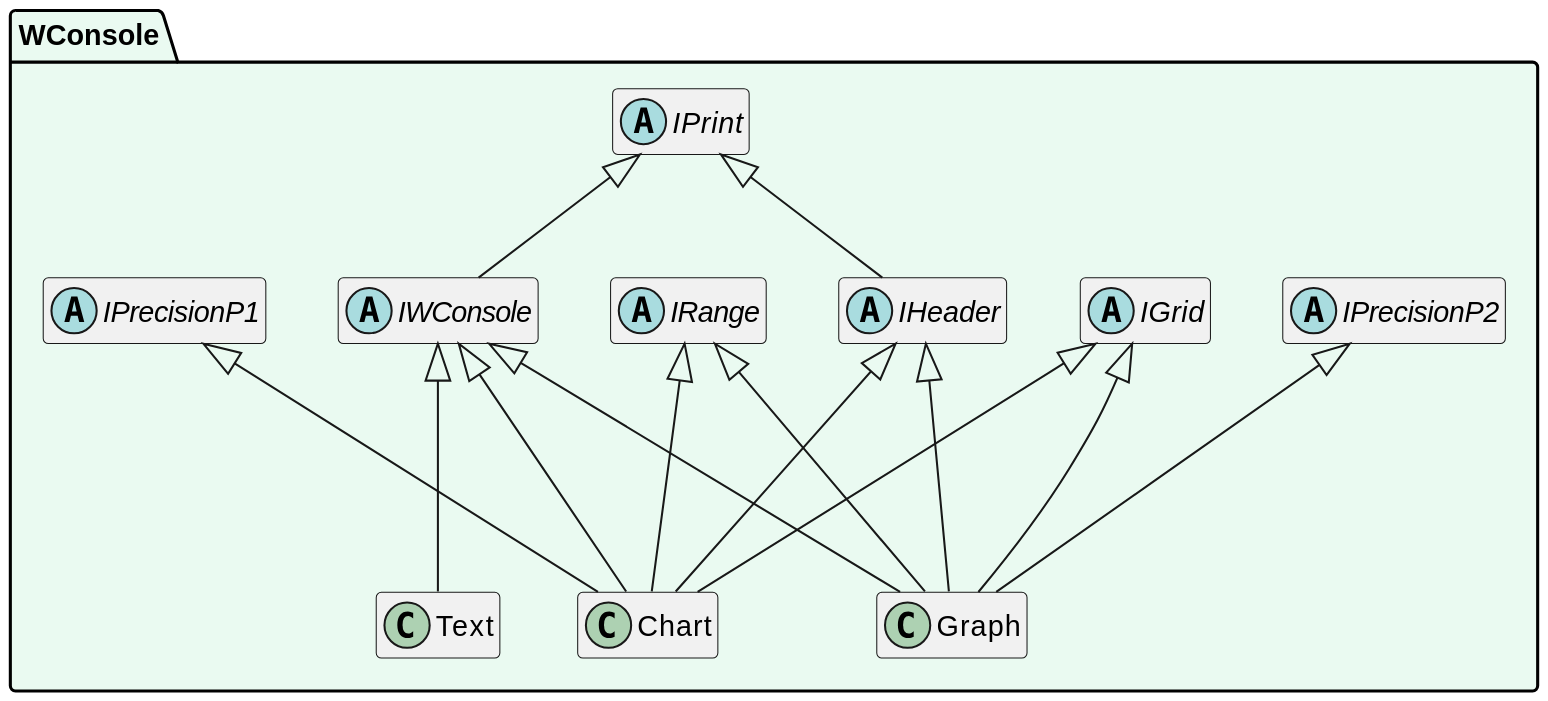
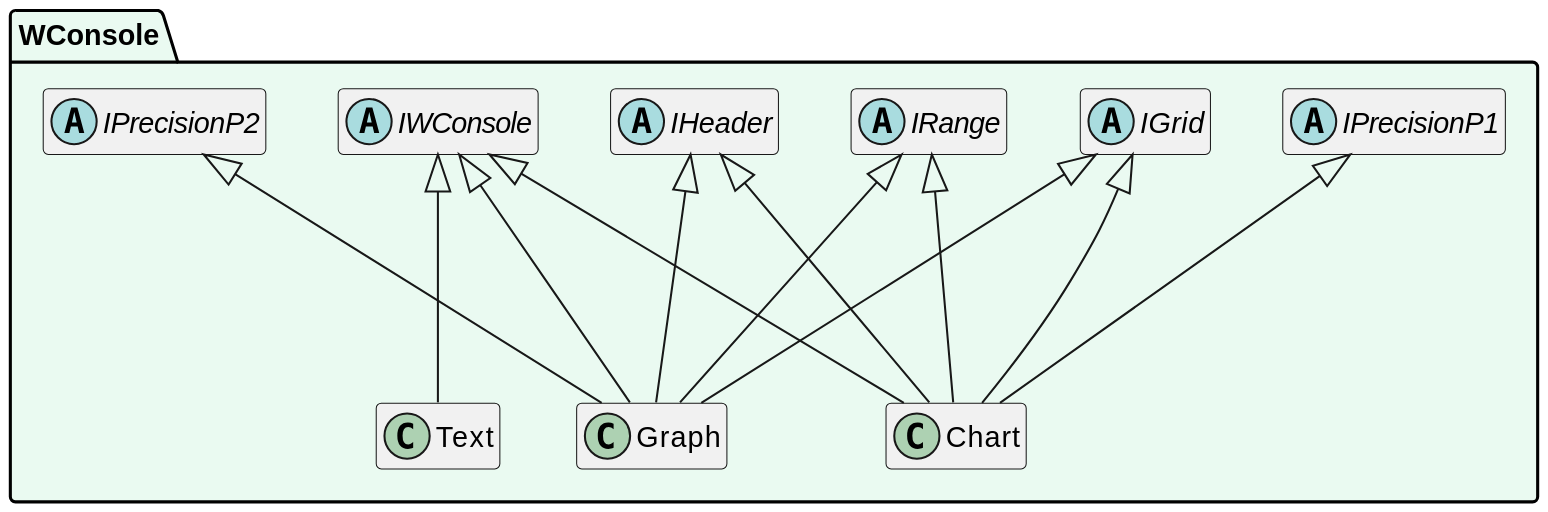
The diagram in doc/UMLClass.md (SergioStopkin/WideConsole), drawn with PlantUML before and after one commit. The commit also changed 4 other files, not shown here.

````diff
--- a/doc/UMLClass.md
+++ b/doc/UMLClass.md
@@ -1,41 +1,37 @@
 ```plantuml
 @startuml
 
 scale 1600 width
 
 hide empty members
 
 namespace WConsole #EAFAF1 {
 
 abstract class IGrid
 abstract class IHeader
 abstract class IPrecisionP1
 abstract class IPrecisionP2
-abstract class IPrint
 abstract class IRange
 abstract class IWConsole
 class Chart
 class Graph
 class Text
 
-IPrint <|-- IHeader
-IPrint <|-- IWConsole
-
 IWConsole    <|--- Chart
 IHeader      <|--- Chart
-IPrecisionP1 <|---  Chart
-IRange       <|---  Chart
-IGrid        <|---  Chart
+IPrecisionP1 <|--- Chart
+IRange       <|--- Chart
+IGrid        <|--- Chart
 
 IWConsole    <|--- Graph
 IHeader      <|--- Graph
-IPrecisionP2 <|---  Graph
-IRange       <|---  Graph
-IGrid        <|---  Graph
+IPrecisionP2 <|--- Graph
+IRange       <|--- Graph
+IGrid        <|--- Graph
 
-IWConsole <|--- Text
+IWConsole    <|--- Text
 
 }
 
 @enduml
 ```
````
